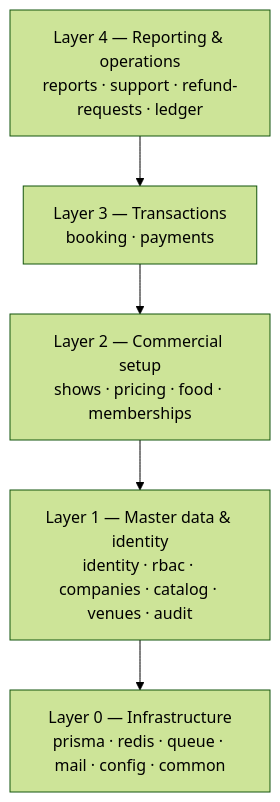
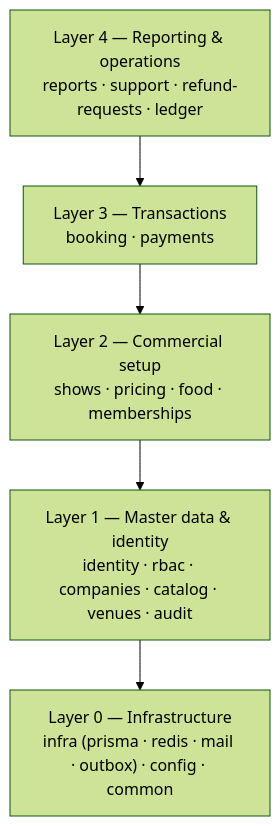
The second of 3 diagrams in .claude/docs/project-architecture/project-architecture.md (gauravbhandari2503/nest-js-poc), drawn with Mermaid (forest theme) before and after one commit. The commit also changed other lines of this file and 128 other files, not shown here.

````diff
--- a/.claude/docs/project-architecture/project-architecture.md
+++ b/.claude/docs/project-architecture/project-architecture.md
@@ -108,9 +116,9 @@
 ```mermaid
 graph TD
     L4["Layer 4 — Reporting & operations<br/>reports · support · refund-requests · ledger"]
     L3["Layer 3 — Transactions<br/>booking · payments"]
     L2["Layer 2 — Commercial setup<br/>shows · pricing · food · memberships"]
     L1["Layer 1 — Master data & identity<br/>identity · rbac · companies · catalog · venues · audit"]
-    L0["Layer 0 — Infrastructure<br/>prisma · redis · queue · mail · config · common"]
+    L0["Layer 0 — Infrastructure<br/>infra (prisma · redis · mail · outbox) · config · common"]
     L4 --> L3 --> L2 --> L1 --> L0
 ```
````
